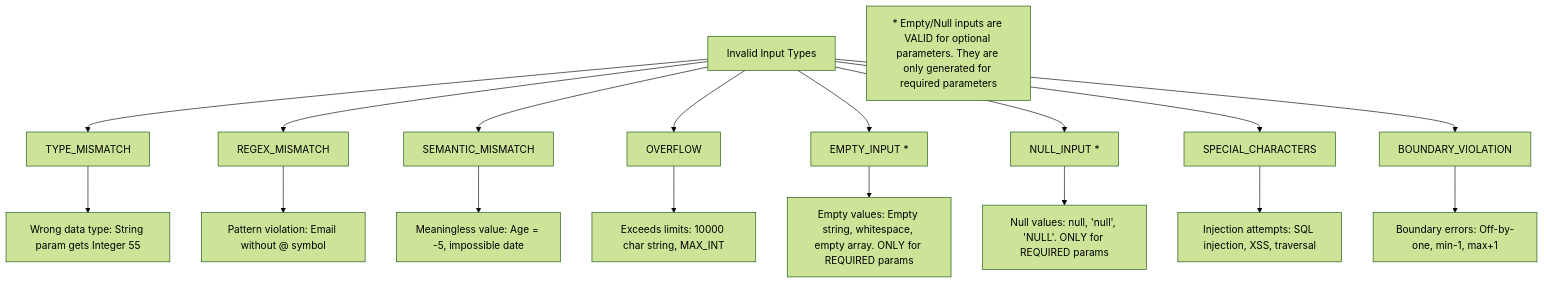
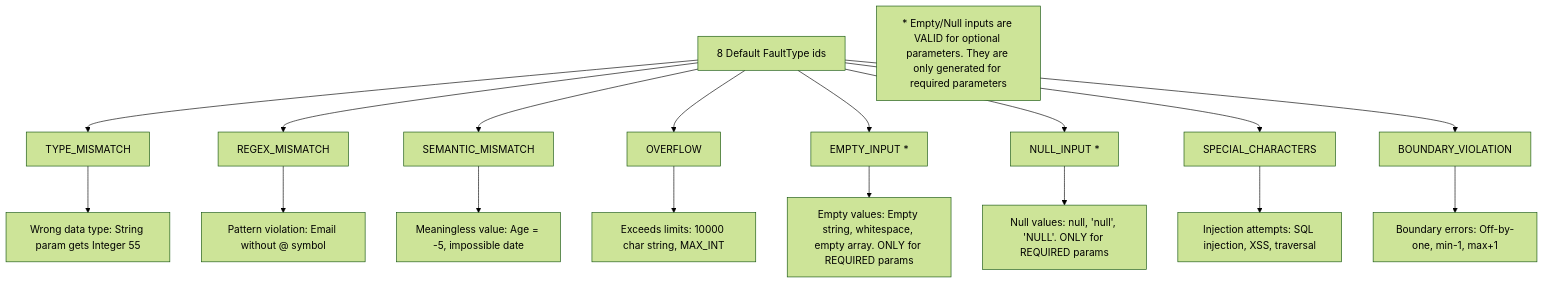
Before and after one commit to miaoti/Rest: diagram 15 of 30 in mist-restest-adapter/src/main/resources/My-Example/trainticket/flow.md, drawn with Mermaid (forest theme). The commit also changed other lines of this file and 7 other files, not shown here.

````diff
--- a/mist-restest-adapter/src/main/resources/My-Example/trainticket/flow.md
+++ b/mist-restest-adapter/src/main/resources/My-Example/trainticket/flow.md
@@ -724,22 +753,22 @@
 ```mermaid
 flowchart TD
-    A[Invalid Input Types] --> B1[TYPE_MISMATCH]
+    A[8 Default FaultType ids] --> B1[TYPE_MISMATCH]
     A --> B2[REGEX_MISMATCH]
     A --> B3[SEMANTIC_MISMATCH]
     A --> B4[OVERFLOW]
     A --> B5[EMPTY_INPUT *]
     A --> B6[NULL_INPUT *]
     A --> B7[SPECIAL_CHARACTERS]
     A --> B8[BOUNDARY_VIOLATION]
     
     B1 --> C1["Wrong data type: String param gets Integer 55"]
     B2 --> C2["Pattern violation: Email without @ symbol"]
     B3 --> C3["Meaningless value: Age = -5, impossible date"]
     B4 --> C4["Exceeds limits: 10000 char string, MAX_INT"]
     B5 --> C5["Empty values: Empty string, whitespace, empty array. ONLY for REQUIRED params"]
     B6 --> C6["Null values: null, 'null', 'NULL'. ONLY for REQUIRED params"]
     B7 --> C7["Injection attempts: SQL injection, XSS, traversal"]
     B8 --> C8["Boundary errors: Off-by-one, min-1, max+1"]
     
     Note1["* Empty/Null inputs are VALID for optional parameters. They are only generated for required parameters"]
 ```
````
